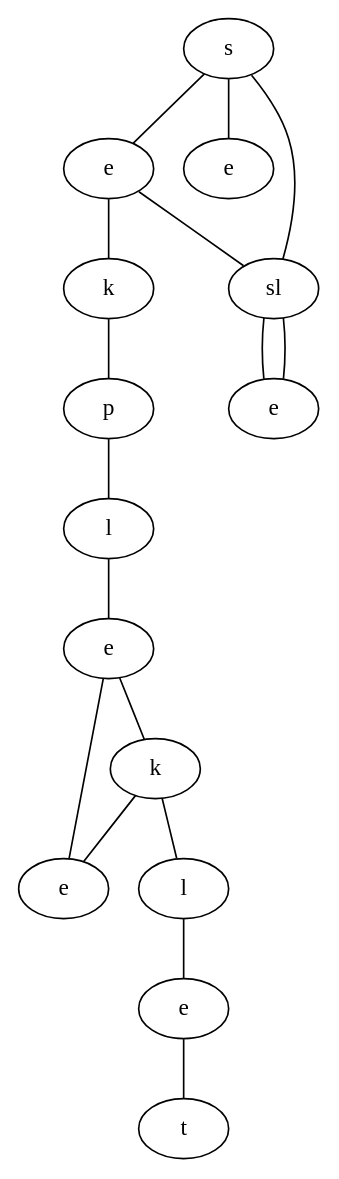
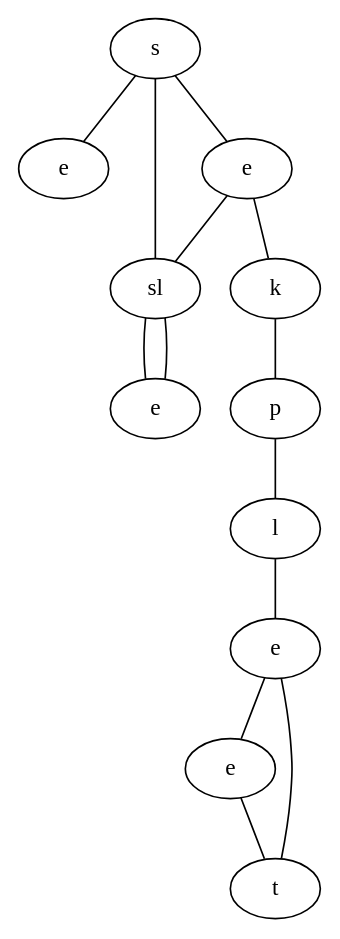
Before and after one commit to schrum2/MM-NEAT: the diagram in data/VGLC/graph.dot, drawn with Graphviz. The commit also changed 2 other files, not shown here.

```diff
--- a/data/VGLC/graph.dot
+++ b/data/VGLC/graph.dot
@@ -1,32 +1,26 @@
 graph {
-OrLq[label="s"]
-ovtq[label="e"]
-fEkm[label="e"]
-yvLA[label="sl"]
-NxVh[label="k"]
-PfdK[label="e"]
-umGl[label="p"]
-CxJo[label="l"]
-dZHy[label="e"]
-BqVP[label="k"]
-pKyZ[label="e"]
-ZMCg[label="l"]
-aTTl[label="e"]
-ZZxN[label="t"]
-OrLq -- ovtq
-OrLq -- fEkm
-OrLq -- yvLA
-ovtq -- NxVh
-ovtq -- yvLA
-yvLA -- PfdK
-NxVh -- umGl
-yvLA -- PfdK
-umGl -- CxJo
-CxJo -- dZHy
-dZHy -- BqVP
-dZHy -- pKyZ
-BqVP -- ZMCg
-BqVP -- pKyZ
-ZMCg -- aTTl
-aTTl -- ZZxN
+rTUE[label="s"]
+iZXG[label="e"]
+oEVg[label="e"]
+IUKO[label="sl"]
+dnIp[label="k"]
+lZkT[label="e"]
+heDh[label="p"]
+PcjG[label="l"]
+lSSQ[label="e"]
+VafH[label="e"]
+iXDE[label="t"]
+rTUE -- iZXG
+rTUE -- oEVg
+rTUE -- IUKO
+oEVg -- dnIp
+oEVg -- IUKO
+IUKO -- lZkT
+dnIp -- heDh
+IUKO -- lZkT
+heDh -- PcjG
+PcjG -- lSSQ
+lSSQ -- VafH
+lSSQ -- iXDE
+VafH -- iXDE
 }
```
